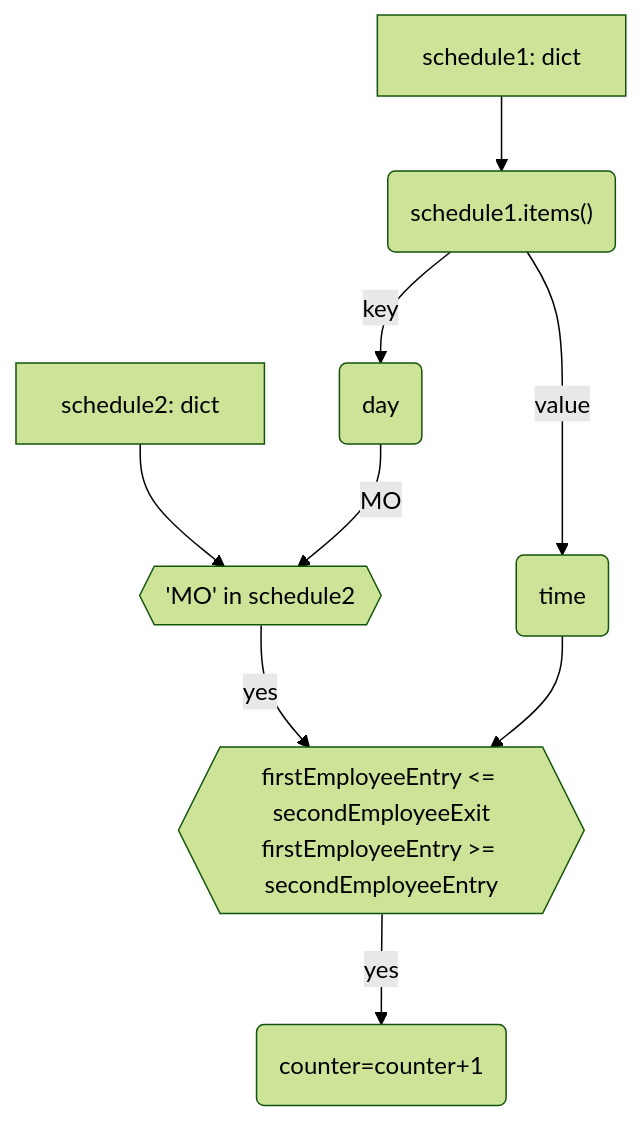
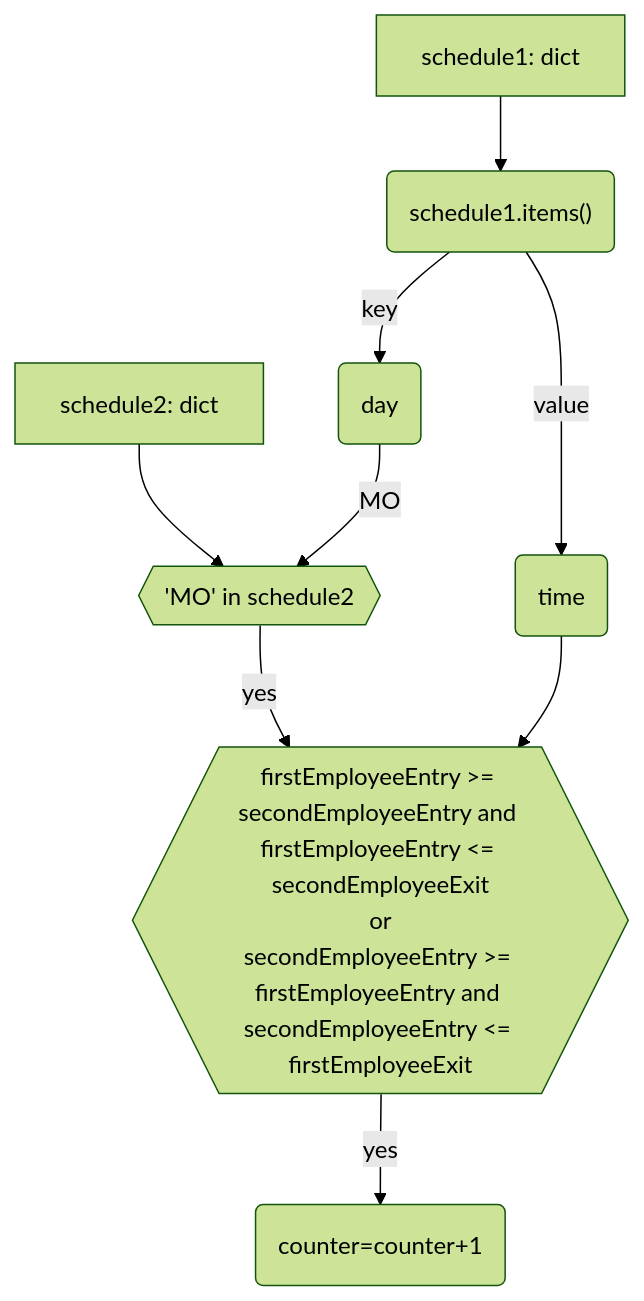
One commit to mrmango1/programing-exercise changed the third of 3 diagrams in README.md. Above: the diagram before and after it, drawn with Mermaid (forest theme). The commit also changed other lines of this file, not shown here.

````diff
--- a/README.md
+++ b/README.md
@@ -384,11 +388,11 @@
 ```mermaid
 flowchart TD
 A[schedule1: dict]--> D("schedule1.items()")
 B[schedule2: dict]--> G
 D--> |key| E("day")
 D--> |value| F("time")
 E--> |"MO"| G{{"'MO' in schedule2"}}
-G--> |yes| H{{"firstEmployeeEntry <= secondEmployeeExit\nfirstEmployeeEntry >= secondEmployeeEntry"}}
+G--> |yes| H{{"firstEmployeeEntry >= secondEmployeeEntry and firstEmployeeEntry <= secondEmployeeExit\nor\nsecondEmployeeEntry >= firstEmployeeEntry and secondEmployeeEntry <= firstEmployeeExit"}}
 F--> H
 H--> |yes| I("counter=counter+1")
 ```
````
